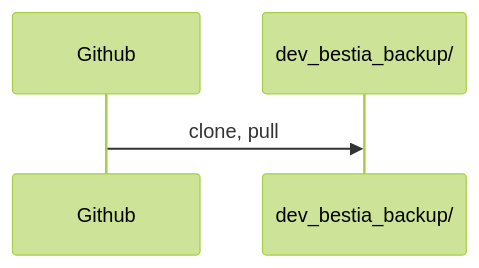
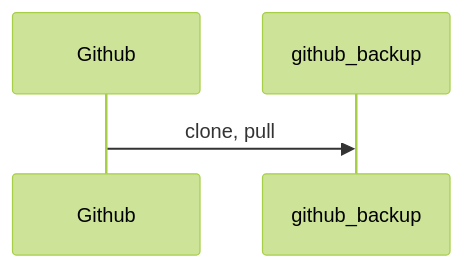
One commit to CRUSTDE-ContainerizedRustDevEnv/windows_reinstall changed the second of 4 diagrams in README.md. Above: the diagram before and after it, drawn with Mermaid (forest theme). The commit also changed other lines of this file and 1 other file, not shown here.

````diff
--- a/README.md
+++ b/README.md
@@ -31,6 +31,6 @@
 ```mermaid
 sequenceDiagram
     participant Github
-    participant dev_bestia_backup/
-    Github->> dev_bestia_backup/: clone, pull
+    participant github_backup
+    Github->> github_backup: clone, pull
 ```
````
